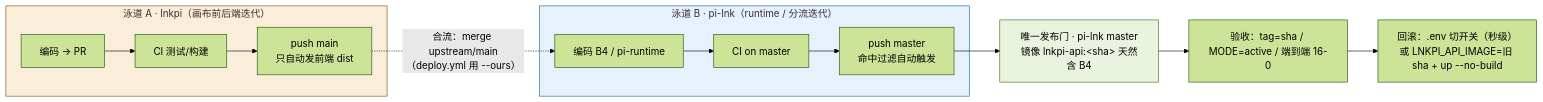
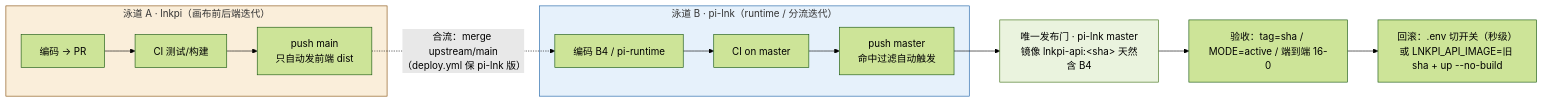
Before and after one commit to sev7n4/pi-lnk: the second of 2 diagrams in docs/ops/POSTMORTEM-2026-09-23-deploy-overwrite.md, drawn with Mermaid (forest theme). The commit also changed other lines of this file and 3 other files, not shown here.

First line of the commit message:
docs(ops): lnkpi→pi-lnk sync command flow runbook + mark the agent-runtime crosspoint as narrowed

````diff
--- a/docs/ops/POSTMORTEM-2026-09-23-deploy-overwrite.md
+++ b/docs/ops/POSTMORTEM-2026-09-23-deploy-overwrite.md
@@ -64,16 +64,16 @@
 ```mermaid
 flowchart LR
   subgraph LA["泳道 A · lnkpi（画布前后端迭代）"]
     A1["编码 → PR"] --> A2["CI 测试/构建"] --> A3["push main<br/>只自动发前端 dist"]
   end
   subgraph LB["泳道 B · pi-lnk（runtime / 分流迭代）"]
     B1["编码 B4 / pi-runtime"] --> B2["CI on master"] --> B3["push master<br/>命中过滤自动触发"]
   end
-  A3 -.->|"合流：merge upstream/main（deploy.yml 用 --ours）"| B1
+  A3 -.->|"合流：merge upstream/main（deploy.yml 保 pi-lnk 版）"| B1
   B3 --> G["唯一发布门 · pi-lnk master<br/>镜像 lnkpi-api:&lt;sha&gt; 天然含 B4"]
   G --> V["验收：tag=sha / MODE=active / 端到端 16-0"]
   V --> R["回滚：.env 切开关（秒级）<br/>或 LNKPI_API_IMAGE=旧 sha + up --no-build"]
   style LA fill:#FAEEDA,stroke:#854F0B
   style LB fill:#E6F1FB,stroke:#185FA5
   style G fill:#EAF3DE,stroke:#3B6D11
 ```
````
